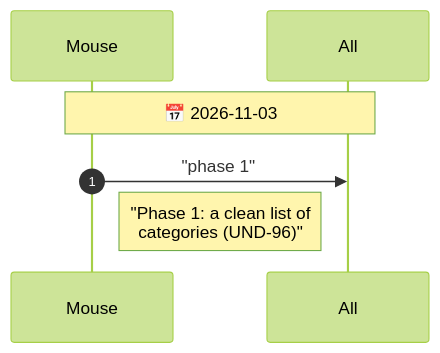
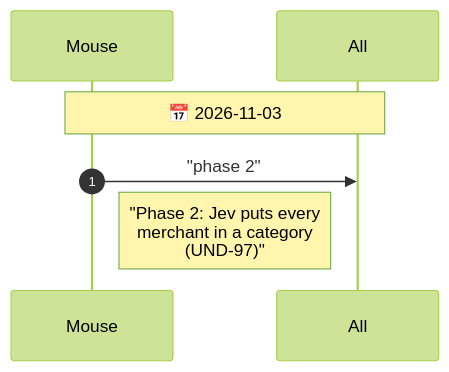
One commit to drusifer/understudy changed diagram 18 of 18 in agents/CHAT.diagram.md. Above: the diagram before and after it, drawn with Mermaid (forest theme). The commit also changed other lines of this file and 13 other files, not shown here.

First line of the commit message:
Phase 1: a clean list of categories (UND-96)

````diff
--- a/agents/CHAT.diagram.md
+++ b/agents/CHAT.diagram.md
@@ -767,10 +800,10 @@
 ```mermaid
 %%{init: {"sequence": {"messageFontSize": 14, "noteFontSize": 18, "actorFontSize": 14}}}%%
 sequenceDiagram
     autonumber
     participant Mouse
     participant All
     Note over Mouse,All: 📅 2026-11-03
-    Mouse->>All: "phase 1"
-    Note right of Mouse: "Phase 1: a clean list of<br/>categories (UND-96)"
+    Mouse->>All: "phase 2"
+    Note right of Mouse: "Phase 2: Jev puts every<br/>merchant in a category<br/>(UND-97)"
 ```
````
